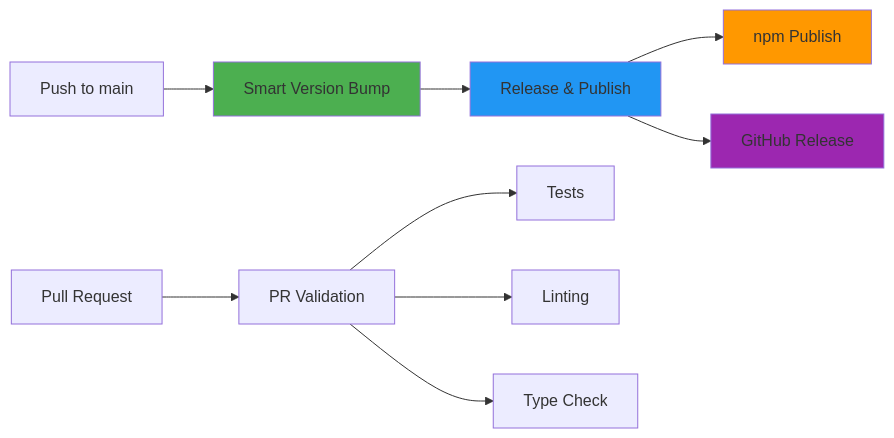
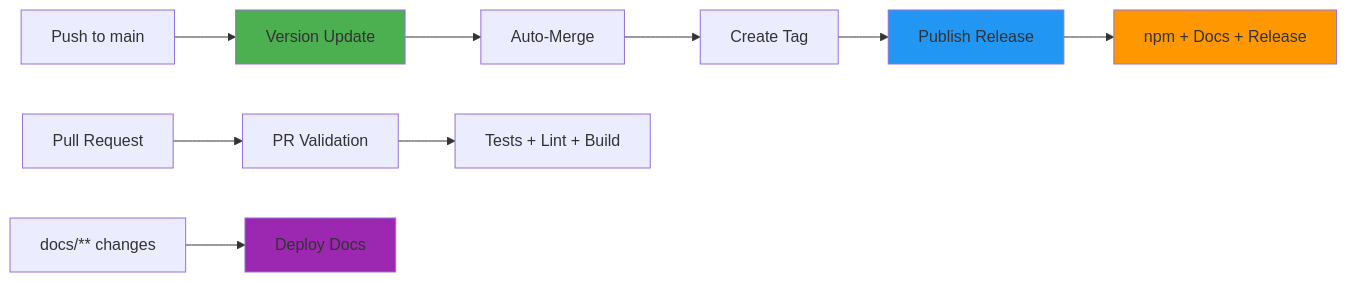
One commit to pantheon-org/opencode-warcraft-notifications changed the fourth of 7 diagrams in docs/src/content/docs/deployment.md. Above: the diagram before and after it, drawn with Mermaid. The commit also changed other lines of this file and 3 other files, not shown here.

````diff
--- a/docs/src/content/docs/deployment.md
+++ b/docs/src/content/docs/deployment.md
@@ -304,17 +304,18 @@
 ```mermaid
 graph LR
-    A[Push to main] --> B[Smart Version Bump]
-    B --> C[Release & Publish]
-    C --> D[npm Publish]
-    C --> E[GitHub Release]
+    A[Push to main] --> B[Version Update]
+    B --> C[Auto-Merge]
+    C --> D[Create Tag]
+    D --> E[Publish Release]
+    E --> F[npm + Docs + Release]
 
-    F[Pull Request] --> G[PR Validation]
-    G --> H[Tests]
-    G --> I[Linting]
-    G --> J[Type Check]
+    G[Pull Request] --> H[PR Validation]
+    H --> I[Tests + Lint + Build]
+
+    J[docs/** changes] --> K[Deploy Docs]
 
     style B fill:#4caf50
-    style C fill:#2196f3
-    style D fill:#ff9800
-    style E fill:#9c27b0
+    style E fill:#2196f3
+    style F fill:#ff9800
+    style K fill:#9c27b0
 ```
````
